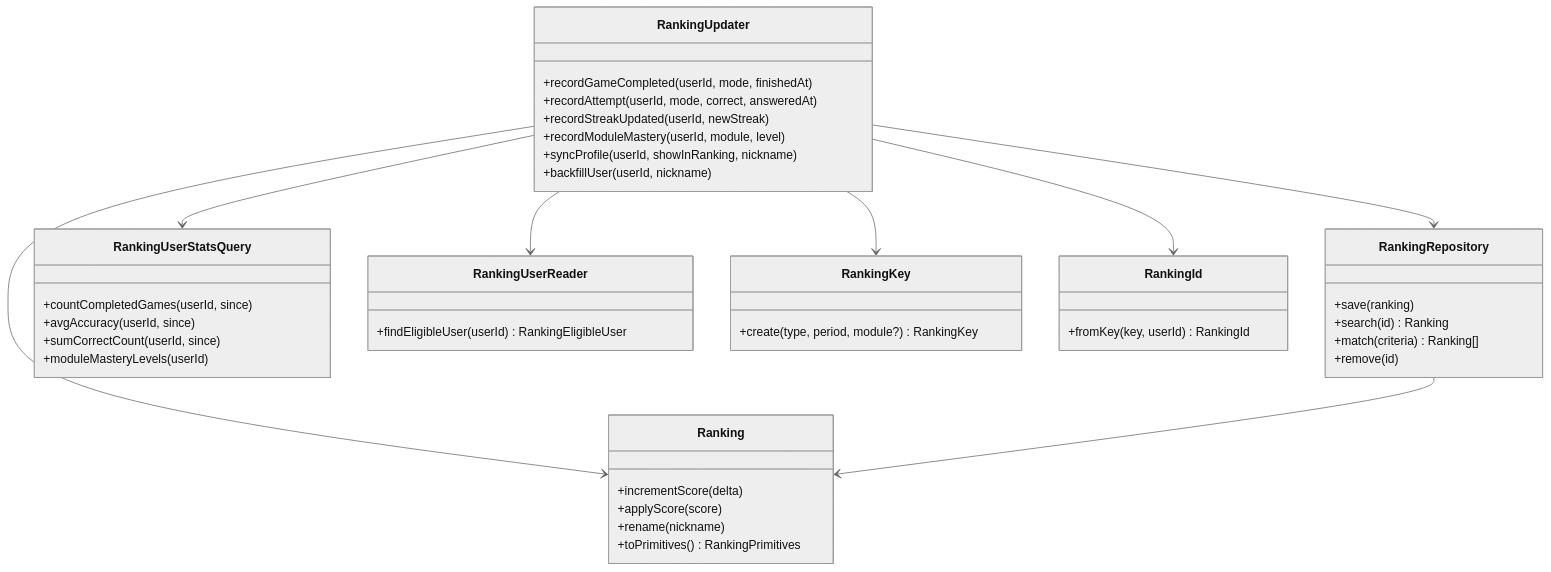
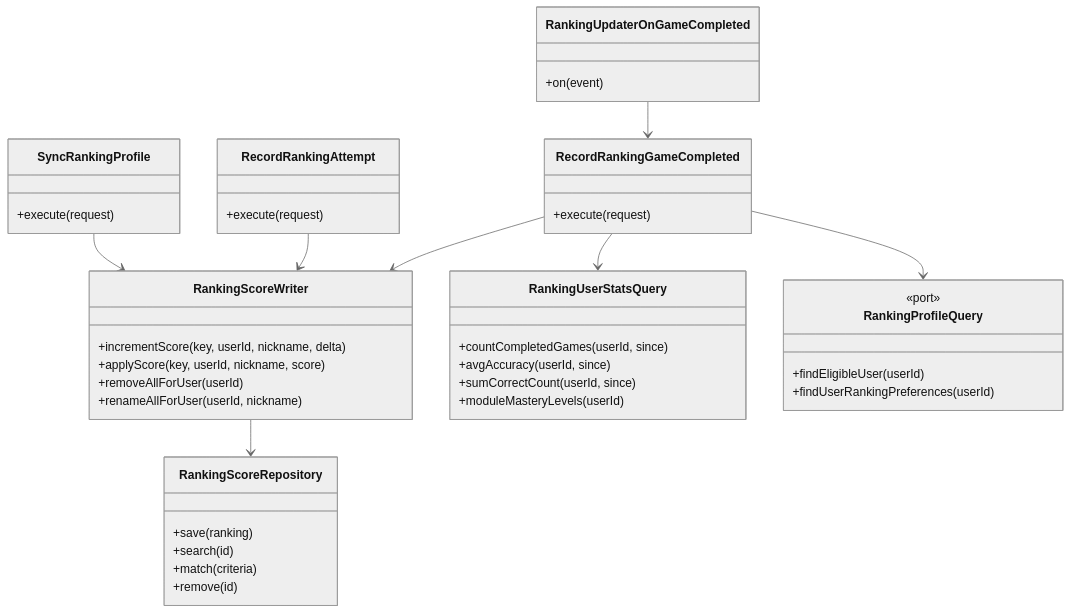
The diagram in docs/apps/api/ranking/update/classes.md (AbrahamVilchesDeLaCruz/ididntcatchthat), drawn with Mermaid (neutral theme) before and after one commit. The commit also changed other lines of this file and 7 other files, not shown here.

First line of the commit message:
docs(ranking): sync bc docs spec and rabbitmq profile handler

````diff
--- a/docs/apps/api/ranking/update/classes.md
+++ b/docs/apps/api/ranking/update/classes.md
@@ -3,45 +3,45 @@
 ```mermaid
 classDiagram
-    class RankingUpdater {
-        +recordGameCompleted(userId, mode, finishedAt)
-        +recordAttempt(userId, mode, correct, answeredAt)
-        +recordStreakUpdated(userId, newStreak)
-        +recordModuleMastery(userId, module, level)
-        +syncProfile(userId, showInRanking, nickname)
-        +backfillUser(userId, nickname)
+    class RankingScoreWriter {
+        +incrementScore(key, userId, nickname, delta)
+        +applyScore(key, userId, nickname, score)
+        +removeAllForUser(userId)
+        +renameAllForUser(userId, nickname)
     }
-    class Ranking {
-        +incrementScore(delta)
-        +applyScore(score)
-        +rename(nickname)
-        +toPrimitives() RankingPrimitives
+    class RecordRankingGameCompleted {
+        +execute(request)
     }
-    class RankingRepository {
+    class RecordRankingAttempt {
+        +execute(request)
+    }
+    class SyncRankingProfile {
+        +execute(request)
+    }
+    class RankingUpdaterOnGameCompleted {
+        +on(event)
+    }
+    class RankingScoreRepository {
         +save(ranking)
-        +search(id) Ranking
-        +match(criteria) Ranking[]
+        +search(id)
+        +match(criteria)
         +remove(id)
     }
     class RankingUserStatsQuery {
         +countCompletedGames(userId, since)
         +avgAccuracy(userId, since)
         +sumCorrectCount(userId, since)
         +moduleMasteryLevels(userId)
     }
-    class RankingUserReader {
-        +findEligibleUser(userId) RankingEligibleUser
+    class RankingProfileQuery {
+        <<port>>
+        +findEligibleUser(userId)
+        +findUserRankingPreferences(userId)
     }
-    class RankingKey {
-        +create(type, period, module?) RankingKey
-    }
-    class RankingId {
-        +fromKey(key, userId) RankingId
-    }
-    RankingUpdater --> RankingRepository
-    RankingUpdater --> RankingUserStatsQuery
-    RankingUpdater --> RankingUserReader
-    RankingUpdater --> Ranking
-    RankingUpdater --> RankingKey
-    RankingUpdater --> RankingId
-    RankingRepository --> Ranking
+    RankingUpdaterOnGameCompleted --> RecordRankingGameCompleted
+    RecordRankingGameCompleted --> RankingScoreWriter
+    RecordRankingAttempt --> RankingScoreWriter
+    SyncRankingProfile --> RankingScoreWriter
+    RankingScoreWriter --> RankingScoreRepository
+    RecordRankingGameCompleted --> RankingUserStatsQuery
+    RecordRankingGameCompleted --> RankingProfileQuery
 ```
````
